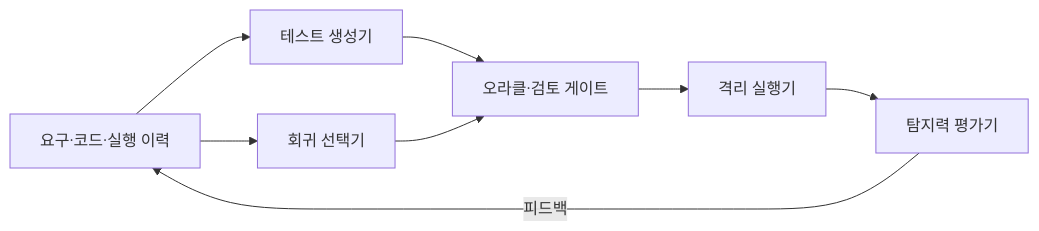
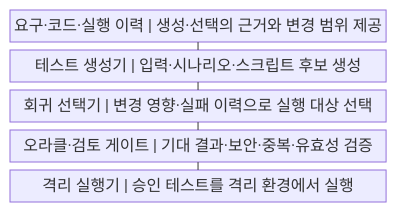
Before and after one commit to agnusdei1207/knowledge-base: the first of 2 diagrams in src/content/docs/notes/03-software/207_ai_test_automation.md, drawn with Mermaid. The commit also changed other lines of this file and 20 other files, not shown here.

````diff
--- a/src/content/docs/notes/03-software/207_ai_test_automation.md
+++ b/src/content/docs/notes/03-software/207_ai_test_automation.md
@@ -57,10 +56,13 @@
 ```mermaid
-flowchart LR
-    I["요구·코드·실행 이력"] --> G["테스트 생성기"]
-    I --> S["회귀 선택기"]
-    G --> O["오라클·검토 게이트"]
-    S --> O
-    O --> E["격리 실행기"]
-    E --> A["탐지력 평가기"]
-    A -->|피드백| I
+block
+    columns 1
+    A["요구·코드·실행 이력 | 생성·선택의 근거와 변경 범위 제공"]
+    B["테스트 생성기 | 입력·시나리오·스크립트 후보 생성"]
+    C["회귀 선택기 | 변경 영향·실패 이력으로 실행 대상 선택"]
+    D["오라클·검토 게이트 | 기대 결과·보안·중복·유효성 검증"]
+    E["격리 실행기 | 승인 테스트를 격리 환경에서 실행"]
+    A --- B
+    B --- C
+    C --- D
+    D --- E
 ```
````
